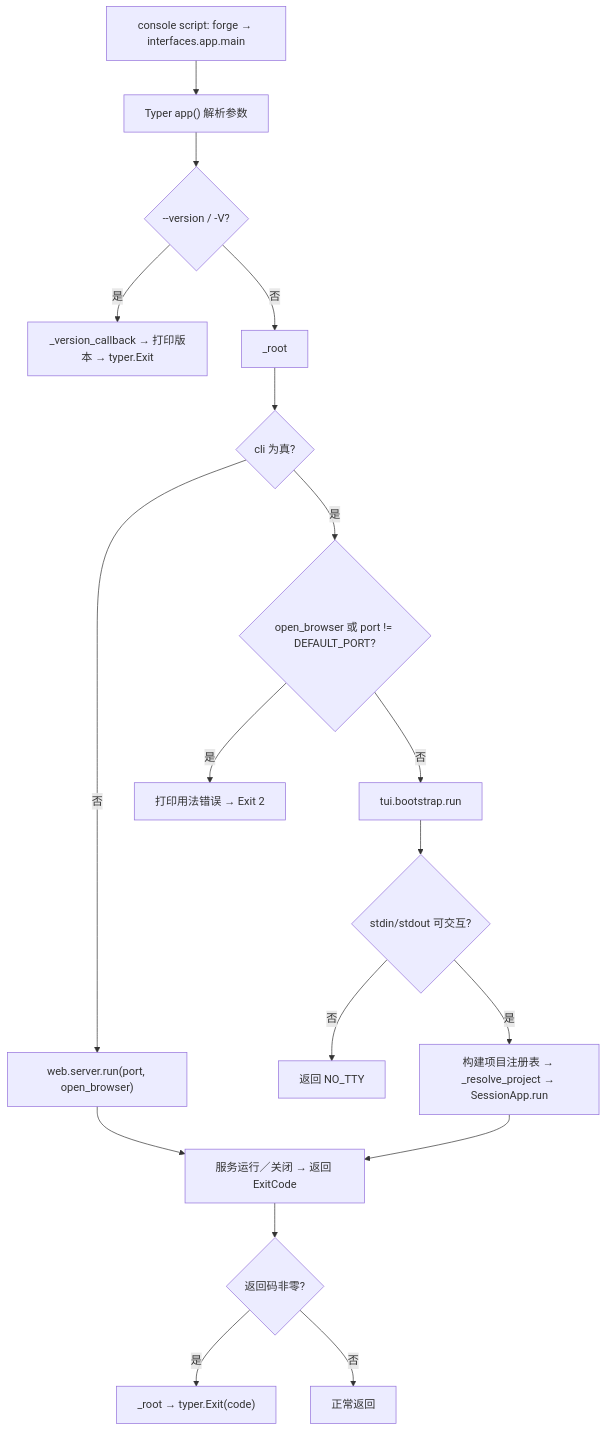
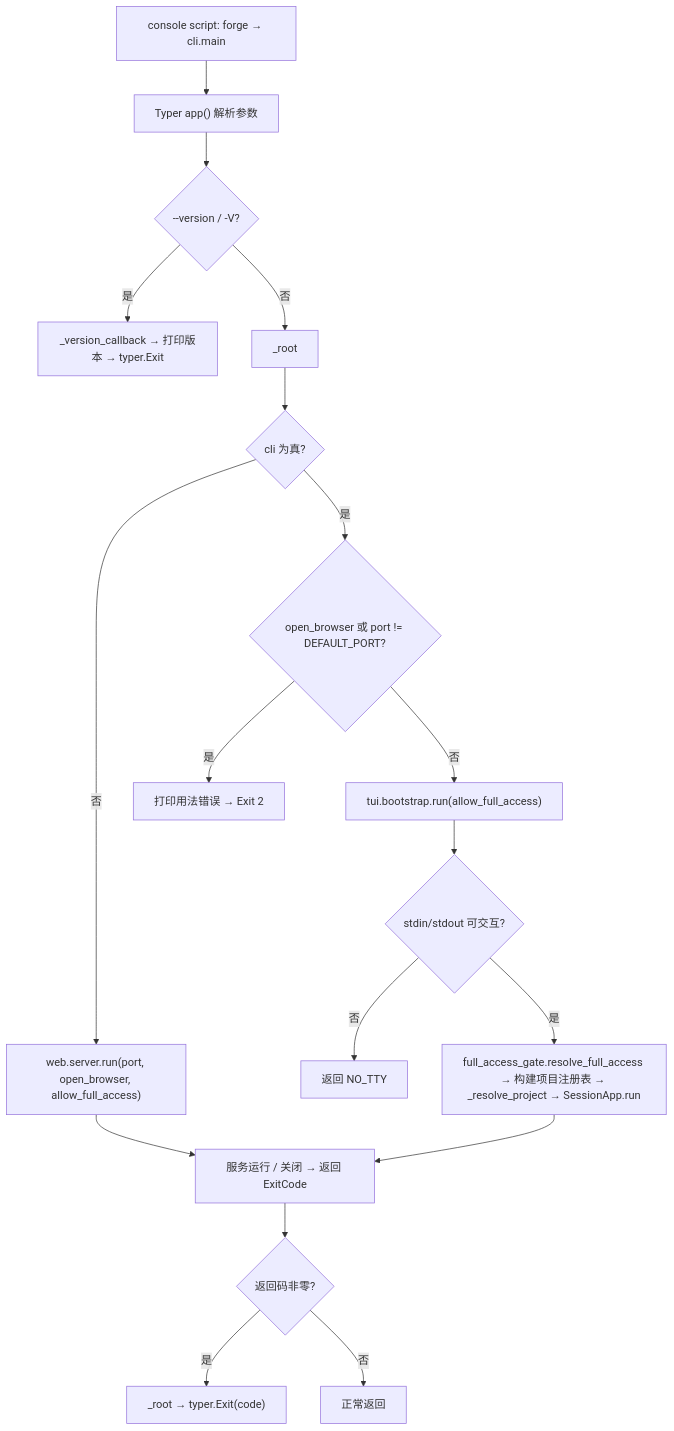
The second of 50 diagrams in docs/06-代码阅读线路.md (qubaolai/ForgeCLI), drawn with Mermaid before and after one commit. The commit also changed other lines of this file and 292 other files, not shown here.

````diff
--- a/docs/06-代码阅读线路.md
+++ b/docs/06-代码阅读线路.md
@@ -153,20 +166,20 @@
 ```mermaid
 flowchart TD
-    A["console script: forge → interfaces.app.main"] --> B["Typer app() 解析参数"]
+    A["console script: forge → cli.main"] --> B["Typer app() 解析参数"]
     B --> C{"--version / -V?"}
     C -->|是| D["_version_callback → 打印版本 → typer.Exit"]
     C -->|否| E["_root"]
     E --> F{"cli 为真?"}
-    F -->|否| G["web.server.run(port, open_browser)"]
+    F -->|否| G["web.server.run(port, open_browser, allow_full_access)"]
     F -->|是| H{"open_browser 或 port != DEFAULT_PORT?"}
     H -->|是| I["打印用法错误 → Exit 2"]
-    H -->|否| J["tui.bootstrap.run"]
+    H -->|否| J["tui.bootstrap.run(allow_full_access)"]
     J --> K{"stdin/stdout 可交互?"}
     K -->|否| L["返回 NO_TTY"]
-    K -->|是| M["构建项目注册表 → _resolve_project → SessionApp.run"]
-    G --> N["服务运行／关闭 → 返回 ExitCode"]
+    K -->|是| M["full_access_gate.resolve_full_access → 构建项目注册表 → _resolve_project → SessionApp.run"]
+    G --> N["服务运行 / 关闭 → 返回 ExitCode"]
     M --> N
     N --> O{"返回码非零?"}
     O -->|是| P["_root → typer.Exit(code)"]
     O -->|否| Q["正常返回"]
 ```
````
